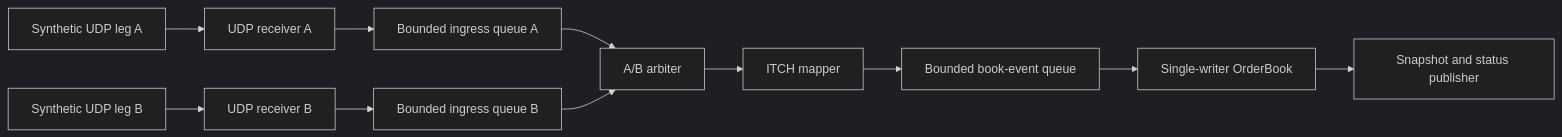
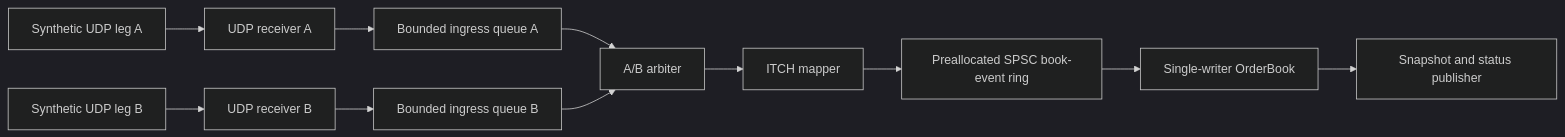
Before and after one commit to alchevrier/java-feed-handler: the diagram in app/README.md, drawn with Mermaid (dark theme). The commit also changed other lines of this file and 7 other files, not shown here.

Commit message:
Add bounded ITCH mapper-to-book handoff

````diff
--- a/app/README.md
+++ b/app/README.md
@@ -10,13 +13,13 @@
 ```mermaid
 flowchart LR
     A["Synthetic UDP leg A"] --> RXA["UDP receiver A"]
     B["Synthetic UDP leg B"] --> RXB["UDP receiver B"]
     RXA --> QA["Bounded ingress queue A"]
     RXB --> QB["Bounded ingress queue B"]
     QA --> Arbiter["A/B arbiter"]
     QB --> Arbiter
     Arbiter --> Mapper["ITCH mapper"]
-    Mapper --> Events["Bounded book-event queue"]
+    Mapper --> Events["Preallocated SPSC book-event ring"]
     Events --> Book["Single-writer OrderBook"]
     Book --> Sink["Snapshot and status publisher"]
 ```
````
